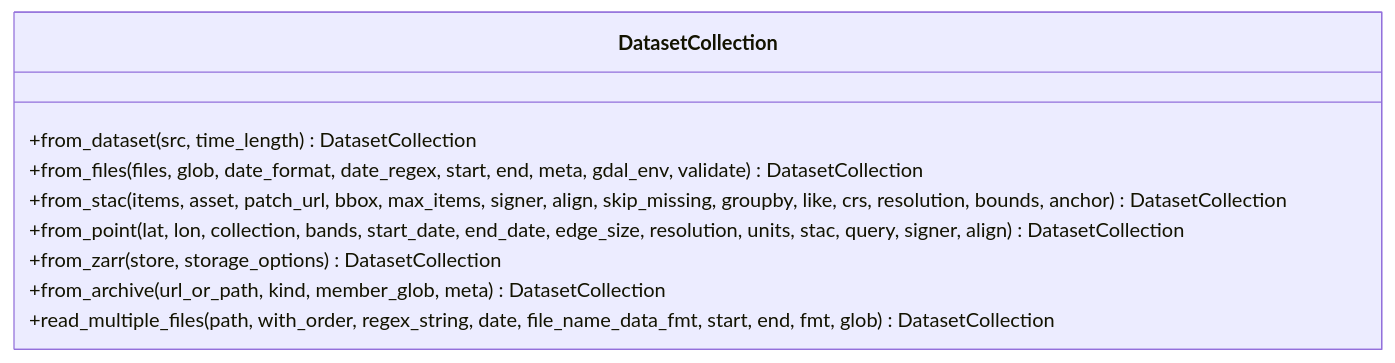
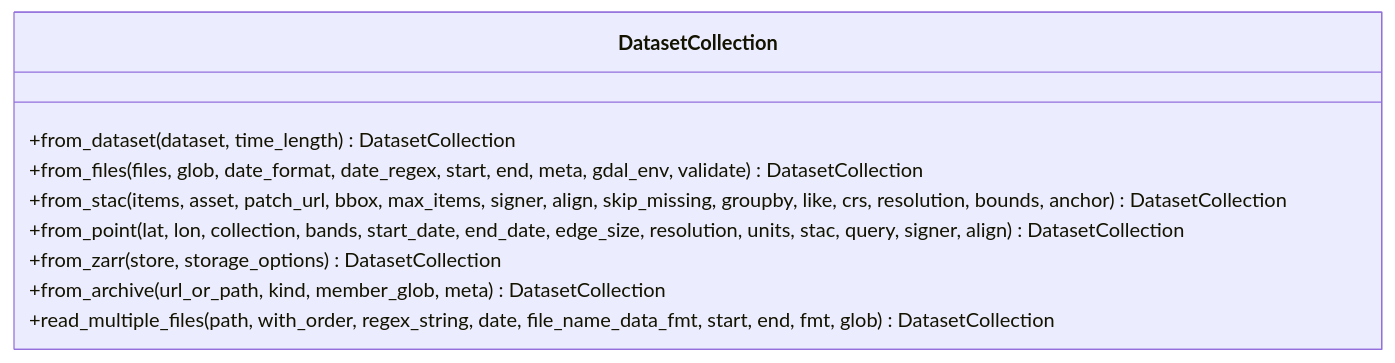
One commit to serapeum-org/pyramids changed the second of 3 diagrams in docs/reference/dataset/collection.md. Above: the diagram before and after it, drawn with Mermaid. The commit also changed 1 other file, not shown here.

Commit message:
refactor(collection): rename from_dataset param src to dataset; clarify from_stac bbox vs bounds
Rename the from_dataset template parameter 'src' to the more descriptive
'dataset' (echoes the method name and its type); all call sites pass it
positionally, so no caller is affected. Update the classDiagram signature
to match.

Sharpen the from_stac docstring so the two (minx, miny, maxx, maxy) tuples
are no longer confusable: bbox is the input filter in lon/lat that selects
which STAC items are read, while bounds is the output grid extent in the
target CRS. Note the divergence from odc-stac (where bbox sets the output
extent).

````diff
--- a/docs/reference/dataset/collection.md
+++ b/docs/reference/dataset/collection.md
@@ -27,12 +27,12 @@
 ```mermaid
 classDiagram
     class DatasetCollection {
-        +from_dataset(src, time_length) DatasetCollection
+        +from_dataset(dataset, time_length) DatasetCollection
         +from_files(files, glob, date_format, date_regex, start, end, meta, gdal_env, validate) DatasetCollection
         +from_stac(items, asset, patch_url, bbox, max_items, signer, align, skip_missing, groupby, like, crs, resolution, bounds, anchor) DatasetCollection
         +from_point(lat, lon, collection, bands, start_date, end_date, edge_size, resolution, units, stac, query, signer, align) DatasetCollection
         +from_zarr(store, storage_options) DatasetCollection
         +from_archive(url_or_path, kind, member_glob, meta) DatasetCollection
         +read_multiple_files(path, with_order, regex_string, date, file_name_data_fmt, start, end, fmt, glob) DatasetCollection
     }
 ```
````
